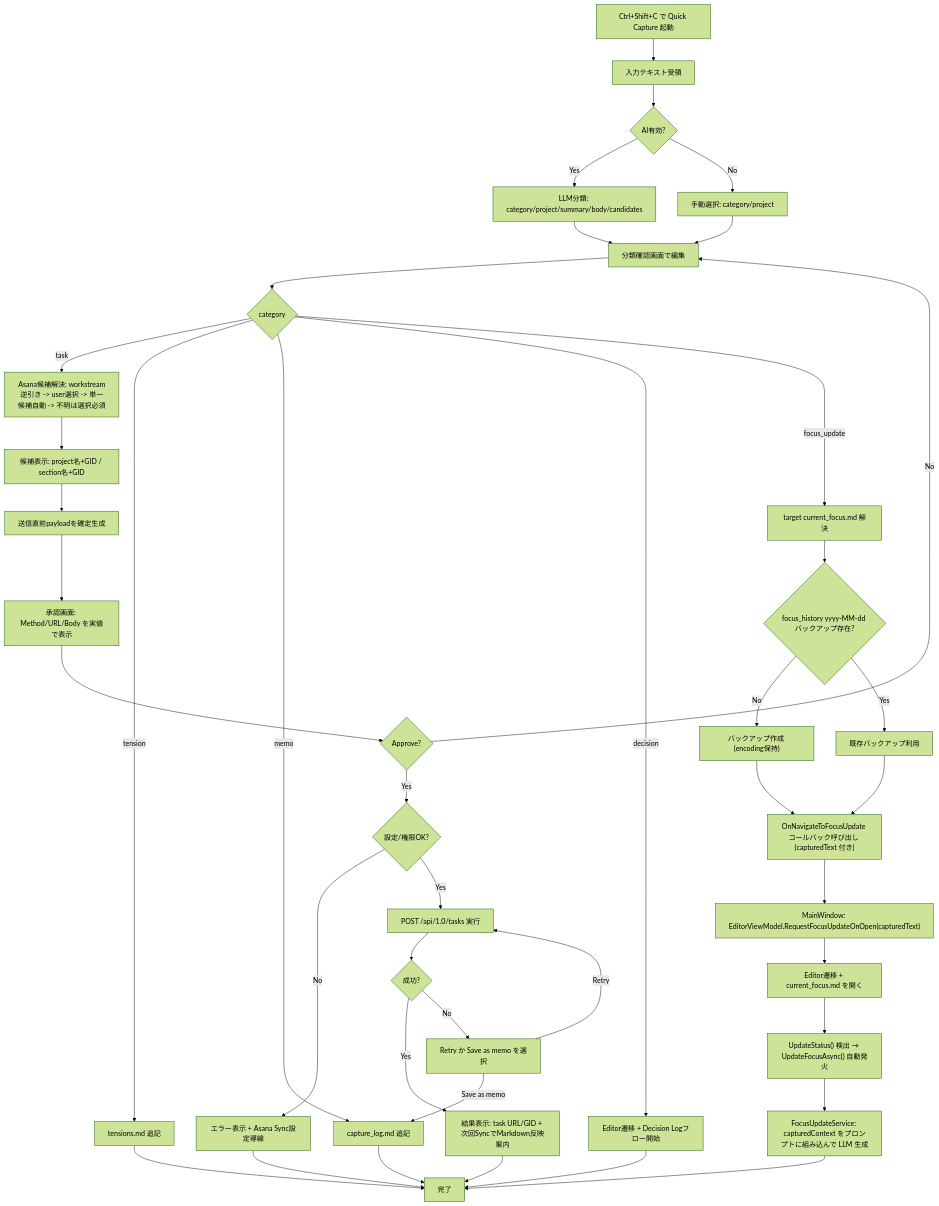
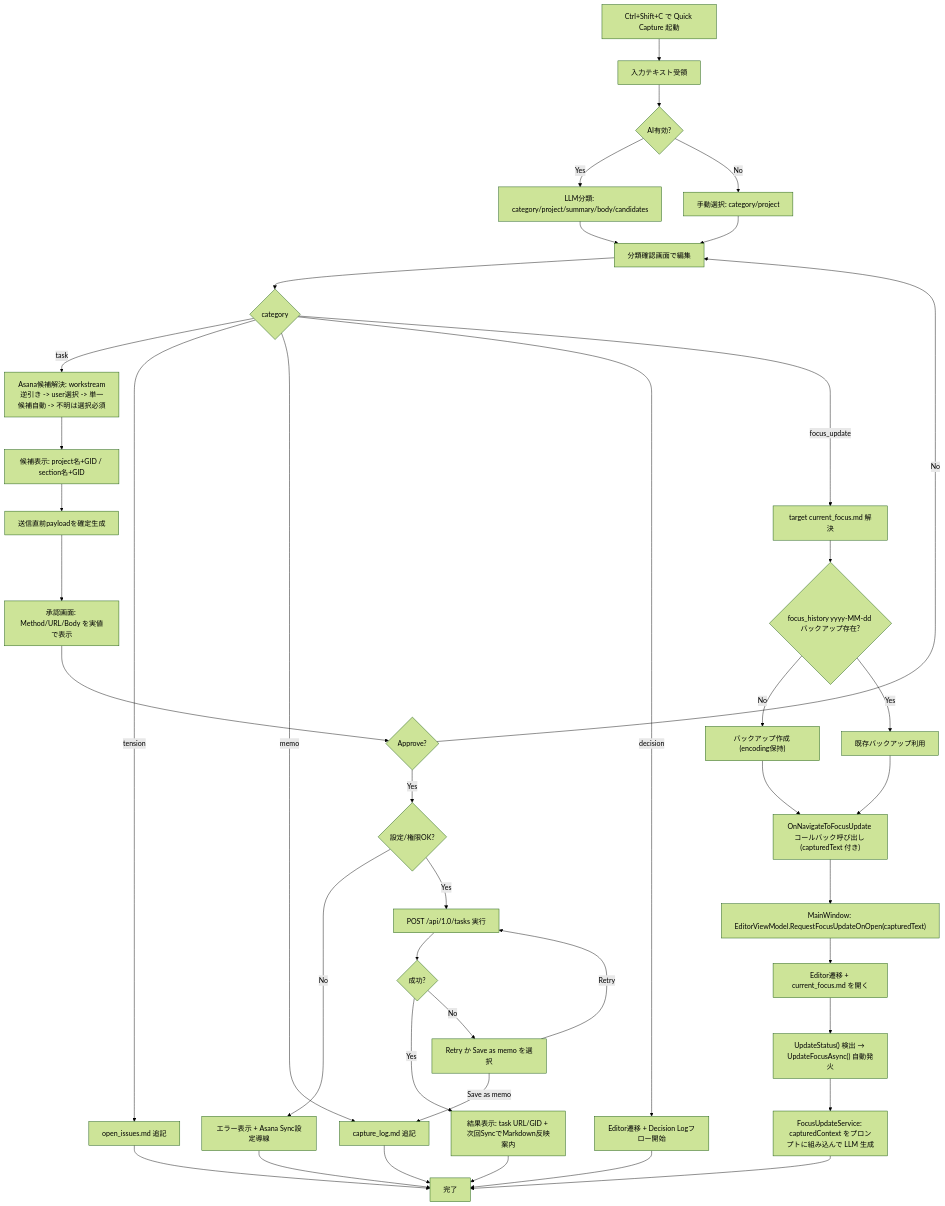
Before and after one commit to yt3trees/ProjectCurator: the diagram in _ai-work/_done/global_capture_plan.md, drawn with Mermaid (forest theme). The commit also changed other lines of this file and 36 other files, not shown here.

Commit message:
refactor: migrate tensions context to open issues

````diff
--- a/_ai-work/_done/global_capture_plan.md
+++ b/_ai-work/_done/global_capture_plan.md
@@ -726,47 +726,47 @@
 ```mermaid
 flowchart TD
     A["Ctrl+Shift+C で Quick Capture 起動"] --> B["入力テキスト受領"]
     B --> C{"AI有効?"}
     C -->|"Yes"| D["LLM分類: category/project/summary/body/candidates"]
     C -->|"No"| E["手動選択: category/project"]
     D --> F["分類確認画面で編集"]
     E --> F
     F --> G{"category"}
 
     G -->|"task"| T1["Asana候補解決: workstream逆引き -> user選択 -> 単一候補自動 -> 不明は選択必須"]
     T1 --> T2["候補表示: project名+GID / section名+GID"]
     T2 --> T3["送信直前payloadを確定生成"]
     T3 --> T4["承認画面: Method/URL/Body を実値で表示"]
     T4 --> T5{"Approve?"}
     T5 -->|"No"| F
     T5 -->|"Yes"| T6{"設定/権限OK?"}
     T6 -->|"No"| T7["エラー表示 + Asana Sync設定導線"]
     T6 -->|"Yes"| T8["POST /api/1.0/tasks 実行"]
     T8 --> T9{"成功?"}
     T9 -->|"Yes"| T10["結果表示: task URL/GID + 次回SyncでMarkdown反映案内"]
     T9 -->|"No"| T11["Retry か Save as memo を選択"]
     T11 -->|"Retry"| T8
     T11 -->|"Save as memo"| M1
 
-    G -->|"tension"| N1["tensions.md 追記"]
+    G -->|"tension"| N1["open_issues.md 追記"]
     G -->|"memo"| M1["capture_log.md 追記"]
     G -->|"decision"| D1["Editor遷移 + Decision Logフロー開始"]
 
     G -->|"focus_update"| F1["target current_focus.md 解決"]
     F1 --> F2{"focus_history yyyy-MM-dd バックアップ存在?"}
     F2 -->|"No"| F3["バックアップ作成 (encoding保持)"]
     F2 -->|"Yes"| F4["既存バックアップ利用"]
     F3 --> F5["OnNavigateToFocusUpdate コールバック呼び出し (capturedText 付き)"]
     F4 --> F5
     F5 --> F6["MainWindow: EditorViewModel.RequestFocusUpdateOnOpen(capturedText)"]
     F6 --> F7["Editor遷移 + current_focus.md を開く"]
     F7 --> F8["UpdateStatus() 検出 → UpdateFocusAsync() 自動発火"]
     F8 --> F9["FocusUpdateService: capturedContext をプロンプトに組み込んで LLM 生成"]
 
     N1 --> Z["完了"]
     M1 --> Z
     D1 --> Z
     T7 --> Z
     T10 --> Z
     F9 --> Z
 ```
````
